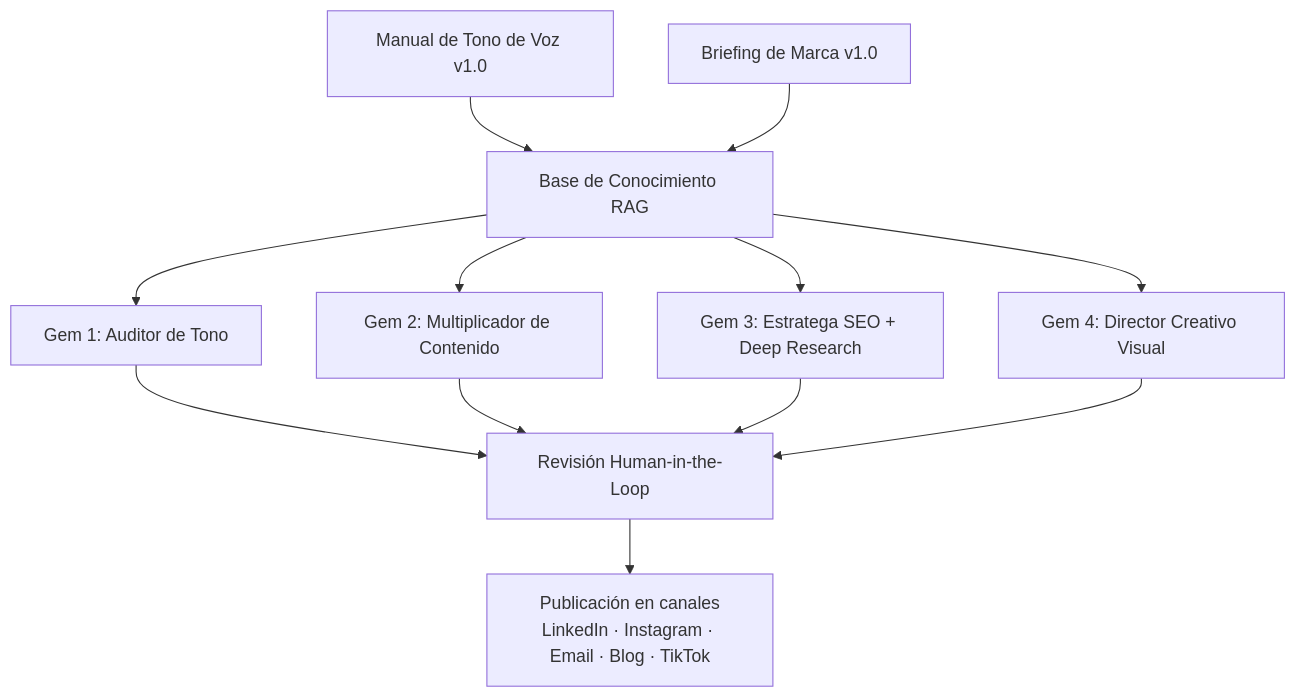
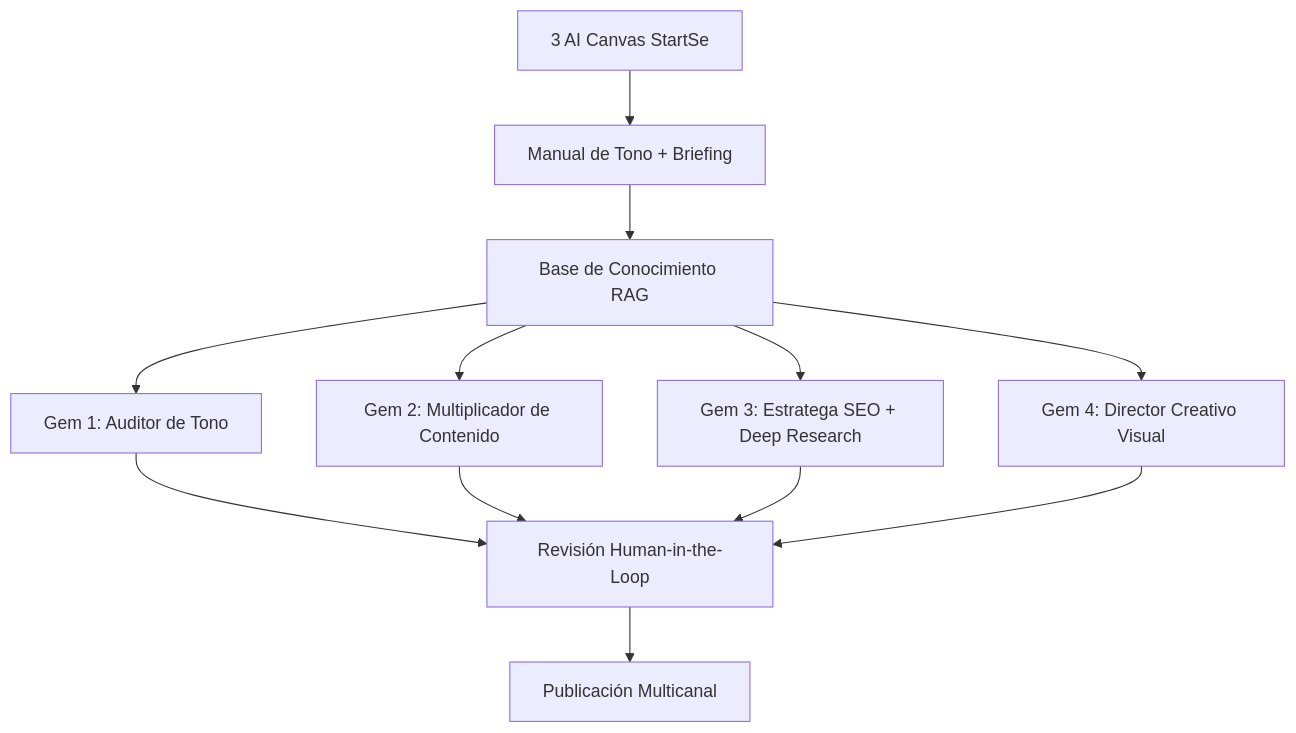
The diagram in README.md (NoeliaOrsini/taranis-black-gems), drawn with Mermaid before and after one commit. The commit also changed other lines of this file, not shown here.

Commit message:
Update README with correct order (Canvas first), 6 points, SEO Mode 3 dual use, few-shots, links to Gems + add examples folder

````diff
--- a/README.md
+++ b/README.md
@@ -31,17 +42,17 @@
 ```mermaid
 flowchart TD
-    A[Manual de Tono de Voz v1.0] --> B[Base de Conocimiento RAG]
-    C[Briefing de Marca v1.0] --> B
+    A[3 AI Canvas StartSe] --> B[Manual de Tono + Briefing]
+    B --> C[Base de Conocimiento RAG]
     
-    B --> D[Gem 1: Auditor de Tono]
-    B --> E[Gem 2: Multiplicador de Contenido]
-    B --> F[Gem 3: Estratega SEO + Deep Research]
-    B --> G[Gem 4: Director Creativo Visual]
+    C --> D[Gem 1: Auditor de Tono]
+    C --> E[Gem 2: Multiplicador de Contenido]
+    C --> F[Gem 3: Estratega SEO + Deep Research]
+    C --> G[Gem 4: Director Creativo Visual]
     
     D --> H[Revisión Human-in-the-Loop]
     E --> H
     F --> H
     G --> H
     
-    H --> I[Publicación en canales<br>LinkedIn · Instagram · Email · Blog · TikTok]
+    H --> I[Publicación Multicanal]
 ```
````
